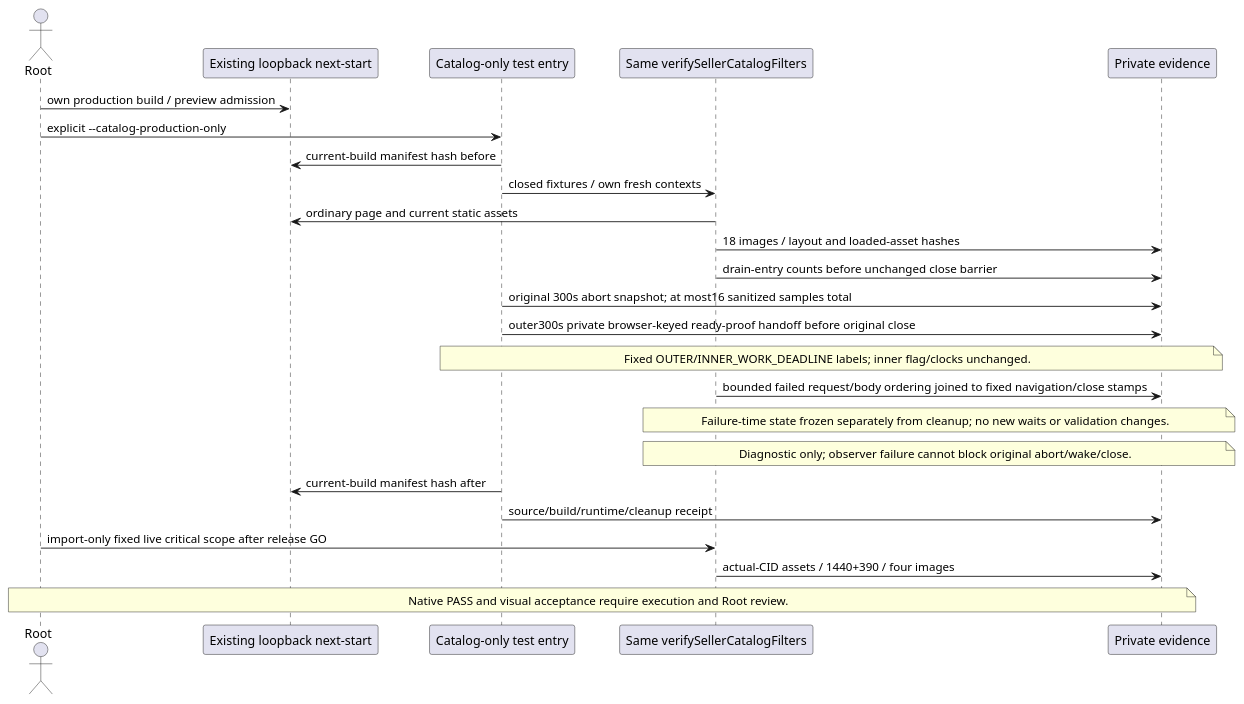
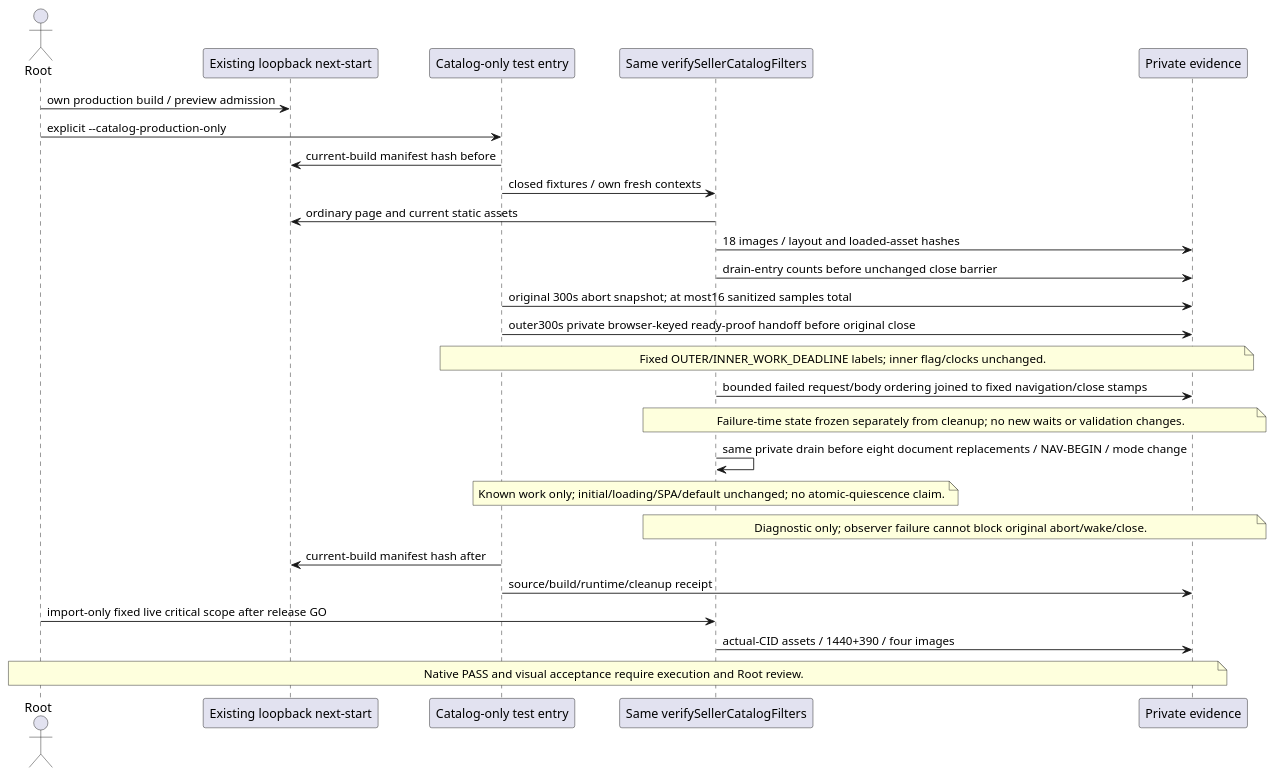
Diagram 17 of 17 in docs/architecture/main-path.puml (NeaBouli/inferno), drawn with PlantUML before and after one commit. The commit also changed 3 other files, not shown here.

Commit message:
test(catalog): drain known work before document replacements

```diff
--- a/docs/architecture/main-path.puml
+++ b/docs/architecture/main-path.puml
@@ -381,25 +381,27 @@
 @startuml catalog_production_qualification_419
 actor Root
 participant "Existing loopback next-start" as Renderer
 participant "Catalog-only test entry" as Mode
 participant "Same verifySellerCatalogFilters" as Catalog
 participant "Private evidence" as Evidence
 Root -> Renderer : own production build / preview admission
 Root -> Mode : explicit --catalog-production-only
 Mode -> Renderer : current-build manifest hash before
 Mode -> Catalog : closed fixtures / own fresh contexts
 Catalog -> Renderer : ordinary page and current static assets
 Catalog -> Evidence : 18 images / layout and loaded-asset hashes
 Catalog -> Evidence : drain-entry counts before unchanged close barrier
 Mode -> Evidence : original 300s abort snapshot; at most16 sanitized samples total
 Mode -> Evidence : outer300s private browser-keyed ready-proof handoff before original close
 note over Mode,Evidence : Fixed OUTER/INNER_WORK_DEADLINE labels; inner flag/clocks unchanged.
 Catalog -> Evidence : bounded failed request/body ordering joined to fixed navigation/close stamps
 note over Catalog,Evidence : Failure-time state frozen separately from cleanup; no new waits or validation changes.
+Catalog -> Catalog : same private drain before eight document replacements / NAV-BEGIN / mode change
+note over Catalog : Known work only; initial/loading/SPA/default unchanged; no atomic-quiescence claim.
 note over Catalog,Evidence : Diagnostic only; observer failure cannot block original abort/wake/close.
 Mode -> Renderer : current-build manifest hash after
 Mode -> Evidence : source/build/runtime/cleanup receipt
 Root -> Catalog : import-only fixed live critical scope after release GO
 Catalog -> Evidence : actual-CID assets / 1440+390 / four images
 note over Root,Evidence : Native PASS and visual acceptance require execution and Root review.
 @enduml
```
